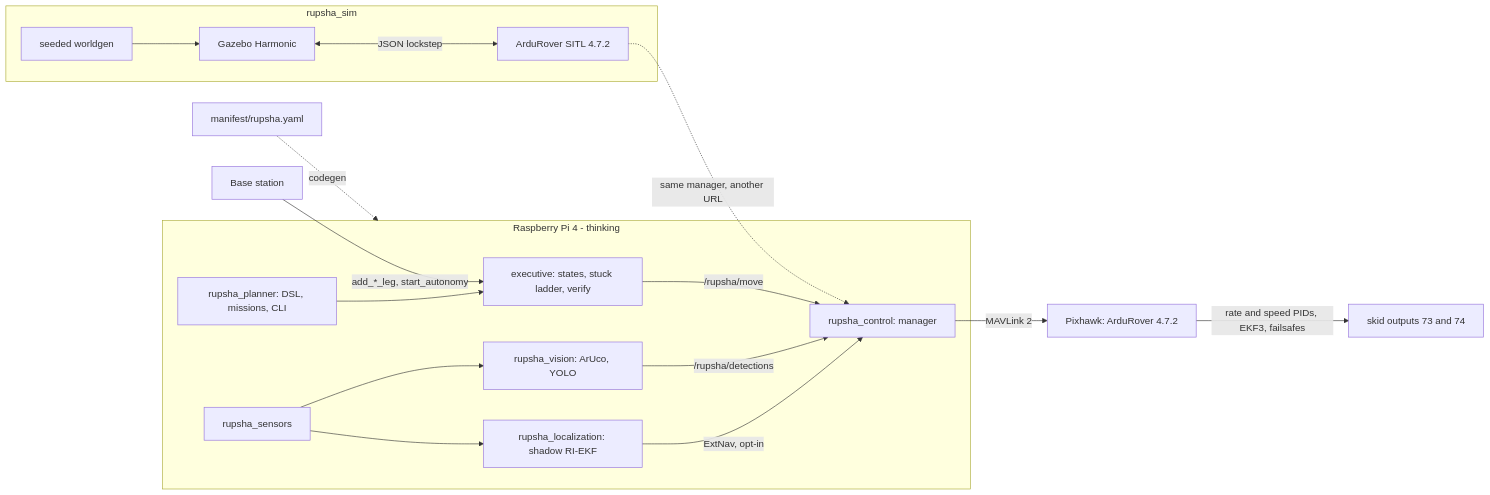
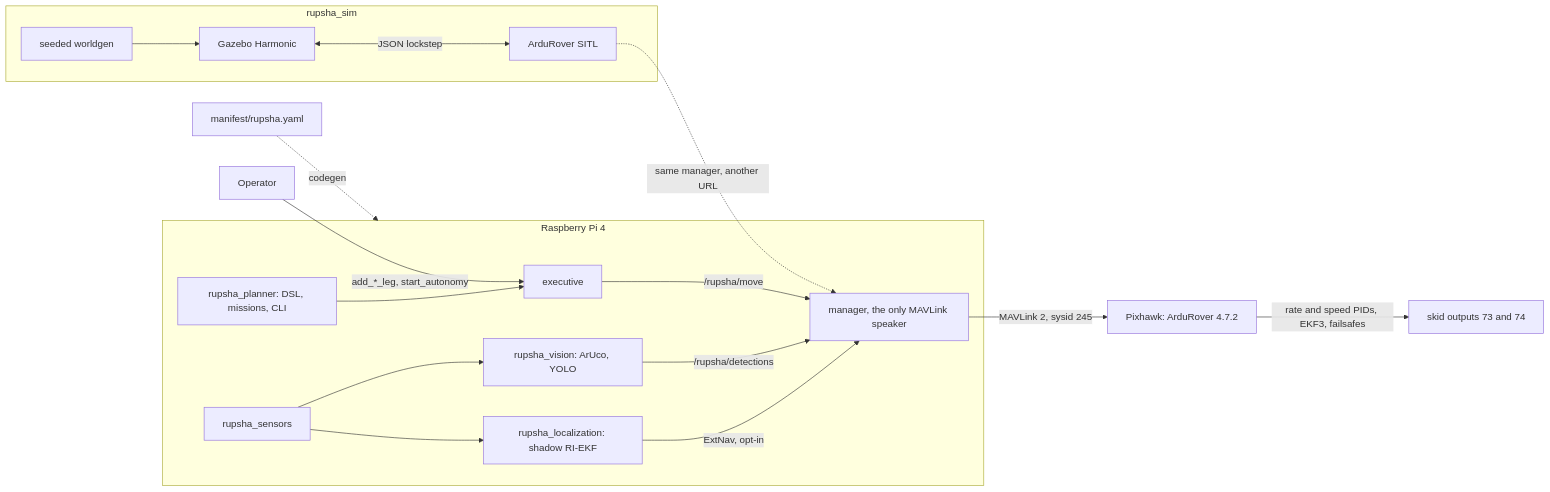
One commit to fh1m/rupsha_ws changed the first of 3 diagrams in README.md. Above: the diagram before and after it, drawn with Mermaid. The commit also changed other lines of this file and 34 other files, not shown here.

````diff
--- a/README.md
+++ b/README.md
@@ -83,20 +78,20 @@
 ```mermaid
 flowchart LR
   manifest["manifest/rupsha.yaml"] -.->|codegen| pi
-  base[Base station] -->|"add_*_leg, start_autonomy"| exec
-  subgraph pi [Raspberry Pi 4 - thinking]
-    planner[rupsha_planner: DSL, missions, CLI] --> exec[executive: states, stuck ladder, verify]
-    exec -->|"/rupsha/move"| mgr[rupsha_control: manager]
+  base[Operator] -->|"add_*_leg, start_autonomy"| exec
+  subgraph pi [Raspberry Pi 4]
+    planner[rupsha_planner: DSL, missions, CLI] --> exec[executive]
+    exec -->|"/rupsha/move"| mgr[manager, the only MAVLink speaker]
     sensors[rupsha_sensors] --> vision[rupsha_vision: ArUco, YOLO]
     sensors --> loc[rupsha_localization: shadow RI-EKF]
     vision -->|"/rupsha/detections"| mgr
     loc -->|"ExtNav, opt-in"| mgr
   end
-  mgr -->|"MAVLink 2"| fc[Pixhawk: ArduRover 4.7.2]
+  mgr -->|"MAVLink 2, sysid 245"| fc[Pixhawk: ArduRover 4.7.2]
   fc -->|"rate and speed PIDs, EKF3, failsafes"| motors[skid outputs 73 and 74]
   subgraph sim [rupsha_sim]
     worldgen[seeded worldgen] --> gz[Gazebo Harmonic]
-    gz <-->|"JSON lockstep"| sitl[ArduRover SITL 4.7.2]
+    gz <-->|"JSON lockstep"| sitl[ArduRover SITL]
   end
   sitl -.->|"same manager, another URL"| mgr
 ```
````
